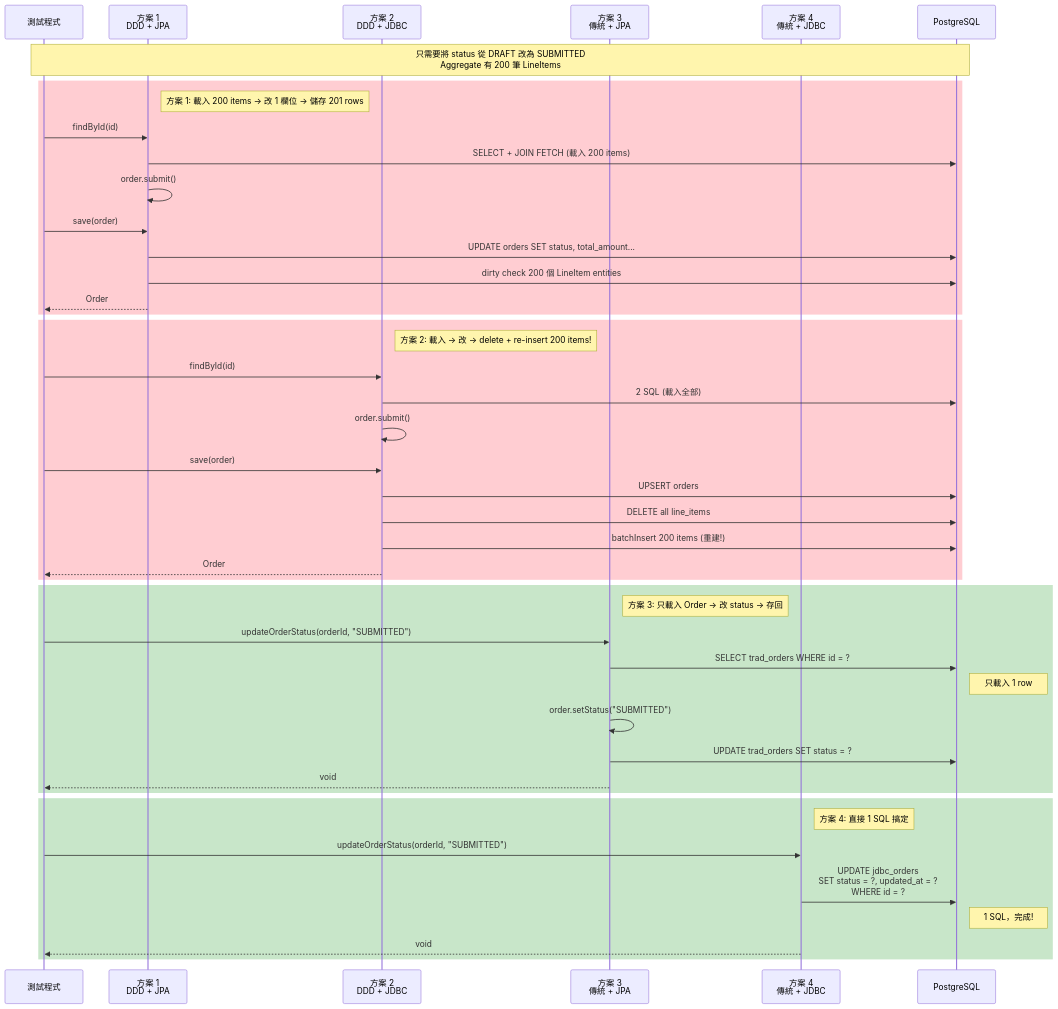
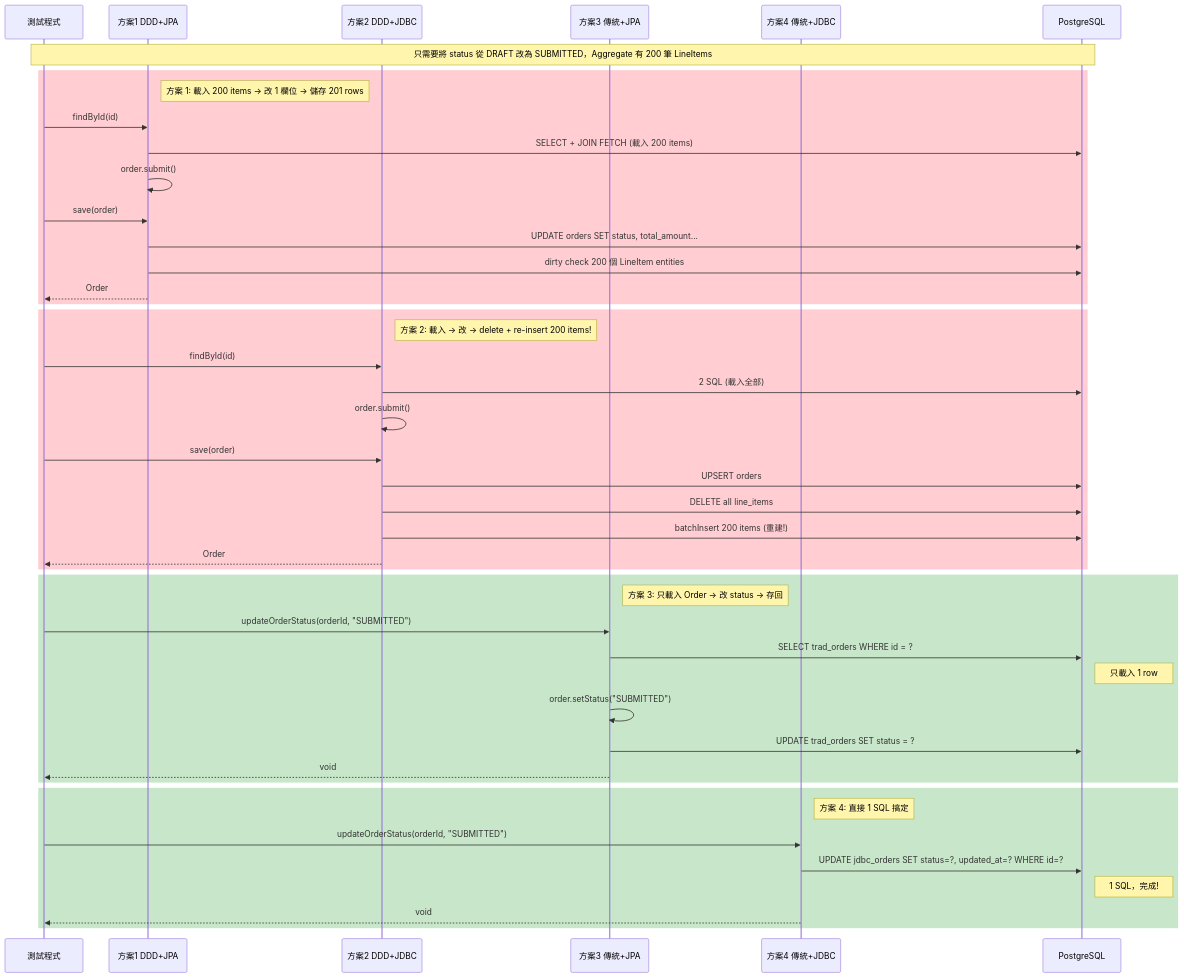
Before and after one commit to ChunPingWang/domain-data-model-comparison: the ninth of 14 diagrams in README.md, drawn with Mermaid. The commit also changed other lines of this file, not shown here.

First line of the commit message:
修正 Mermaid 序列圖渲染問題與 README 章節順序調整

````diff
--- a/README.md
+++ b/README.md
@@ -579,52 +580,52 @@
 ```mermaid
 sequenceDiagram
     participant Test as 測試程式
-    participant DddJpa as 方案 1<br/>DDD + JPA
-    participant DddJdbc as 方案 2<br/>DDD + JDBC
-    participant TradJpa as 方案 3<br/>傳統 + JPA
-    participant TradJdbc as 方案 4<br/>傳統 + JDBC
+    participant DddJpa as 方案1 DDD+JPA
+    participant DddJdbc as 方案2 DDD+JDBC
+    participant TradJpa as 方案3 傳統+JPA
+    participant TradJdbc as 方案4 傳統+JDBC
     participant DB as PostgreSQL
 
-    Note over Test,DB: 只需要將 status 從 DRAFT 改為 SUBMITTED<br/>Aggregate 有 200 筆 LineItems
+    Note over Test,DB: 只需要將 status 從 DRAFT 改為 SUBMITTED，Aggregate 有 200 筆 LineItems
 
     rect rgb(255, 205, 210)
         Note right of DddJpa: 方案 1: 載入 200 items → 改 1 欄位 → 儲存 201 rows
         Test->>DddJpa: findById(id)
         DddJpa->>DB: SELECT + JOIN FETCH (載入 200 items)
         DddJpa->>DddJpa: order.submit()
         Test->>DddJpa: save(order)
         DddJpa->>DB: UPDATE orders SET status, total_amount...
         DddJpa->>DB: dirty check 200 個 LineItem entities
         DddJpa-->>Test: Order
     end
 
     rect rgb(255, 205, 210)
         Note right of DddJdbc: 方案 2: 載入 → 改 → delete + re-insert 200 items!
         Test->>DddJdbc: findById(id)
         DddJdbc->>DB: 2 SQL (載入全部)
         DddJdbc->>DddJdbc: order.submit()
         Test->>DddJdbc: save(order)
         DddJdbc->>DB: UPSERT orders
         DddJdbc->>DB: DELETE all line_items
         DddJdbc->>DB: batchInsert 200 items (重建!)
         DddJdbc-->>Test: Order
     end
 
     rect rgb(200, 230, 201)
         Note right of TradJpa: 方案 3: 只載入 Order → 改 status → 存回
         Test->>TradJpa: updateOrderStatus(orderId, "SUBMITTED")
         TradJpa->>DB: SELECT trad_orders WHERE id = ?
         Note right of DB: 只載入 1 row
         TradJpa->>TradJpa: order.setStatus("SUBMITTED")
         TradJpa->>DB: UPDATE trad_orders SET status = ?
         TradJpa-->>Test: void
     end
 
     rect rgb(200, 230, 201)
         Note right of TradJdbc: 方案 4: 直接 1 SQL 搞定
         Test->>TradJdbc: updateOrderStatus(orderId, "SUBMITTED")
-        TradJdbc->>DB: UPDATE jdbc_orders<br/>SET status = ?, updated_at = ?<br/>WHERE id = ?
+        TradJdbc->>DB: UPDATE jdbc_orders SET status=?, updated_at=? WHERE id=?
         Note right of DB: 1 SQL，完成!
         TradJdbc-->>Test: void
     end
 ```
````
